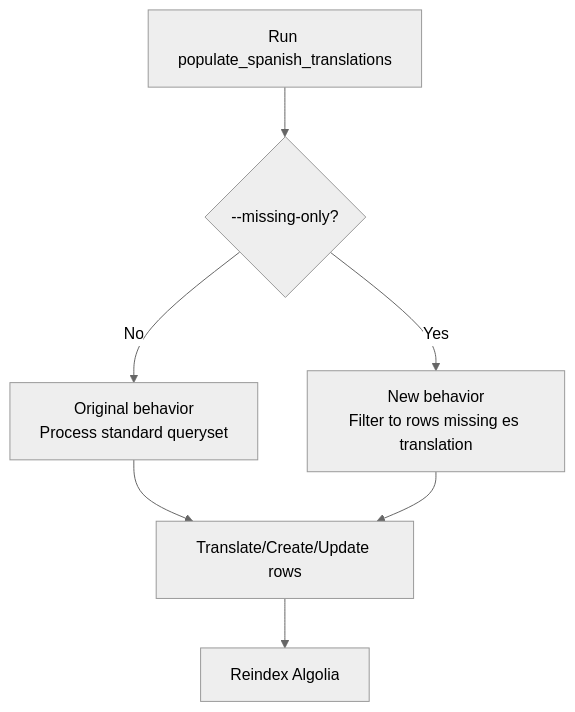
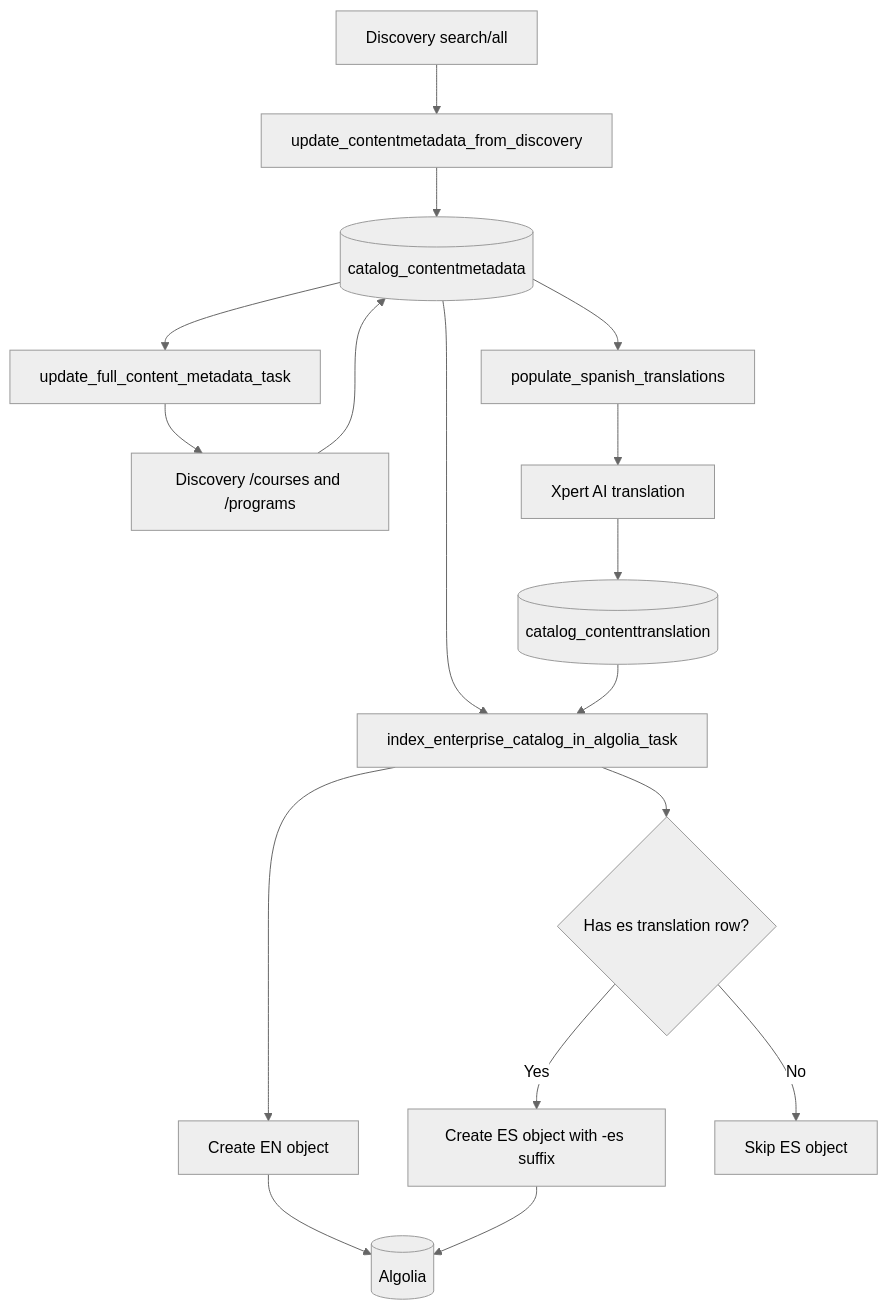
One commit to rgopalrao-sonata-png/documents changed the first of 3 diagrams in Translations/observatiobs_spanish_translation.md. Above: the diagram before and after it, drawn with Mermaid (neutral theme). The commit also changed other lines of this file, not shown here.

````diff
--- a/Translations/observatiobs_spanish_translation.md
+++ b/Translations/observatiobs_spanish_translation.md
@@ -356,9 +27,22 @@
 ```mermaid
 flowchart TD
-    A[Run populate_spanish_translations] --> B{--missing-only?}
-    B -- No --> C[Original behavior\nProcess standard queryset]
-    B -- Yes --> D[New behavior\nFilter to rows missing es translation]
-    C --> E[Translate/Create/Update rows]
-    D --> E
-    E --> F[Reindex Algolia]
+    A[Discovery search/all] --> B[update_contentmetadata_from_discovery]
+    B --> C[(catalog_contentmetadata)]
+
+    C --> D[update_full_content_metadata_task]
+    D --> E[Discovery /courses and /programs]
+    E --> C
+
+    C --> F[populate_spanish_translations]
+    F --> G[Xpert AI translation]
+    G --> H[(catalog_contenttranslation)]
+
+    C --> I[index_enterprise_catalog_in_algolia_task]
+    H --> I
+    I --> J[Create EN object]
+    I --> K{Has es translation row?}
+    K -- Yes --> L[Create ES object with -es suffix]
+    K -- No --> M[Skip ES object]
+    J --> N[(Algolia)]
+    L --> N
 ```
````
